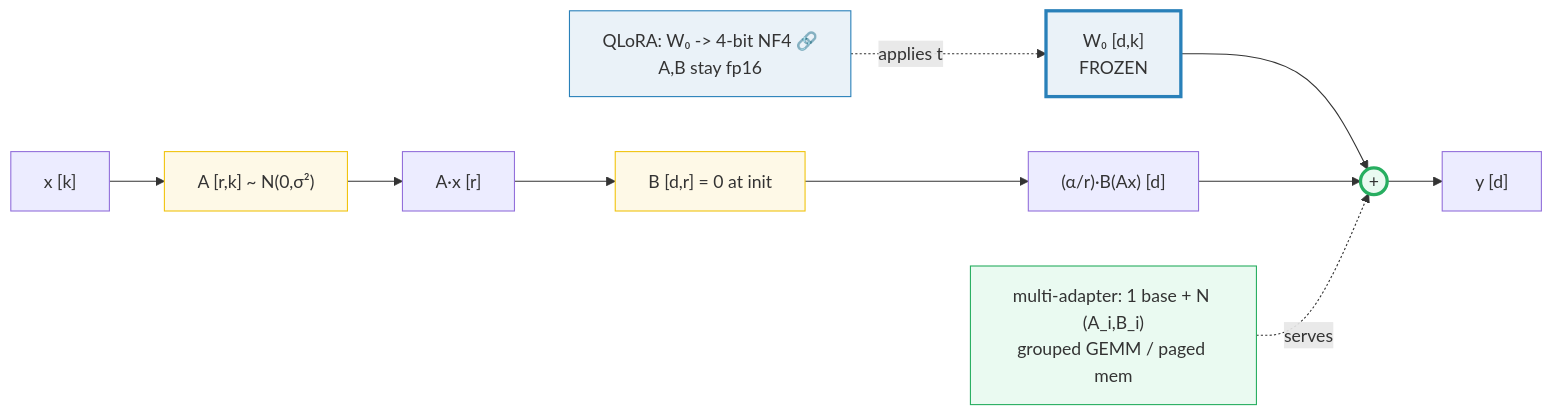
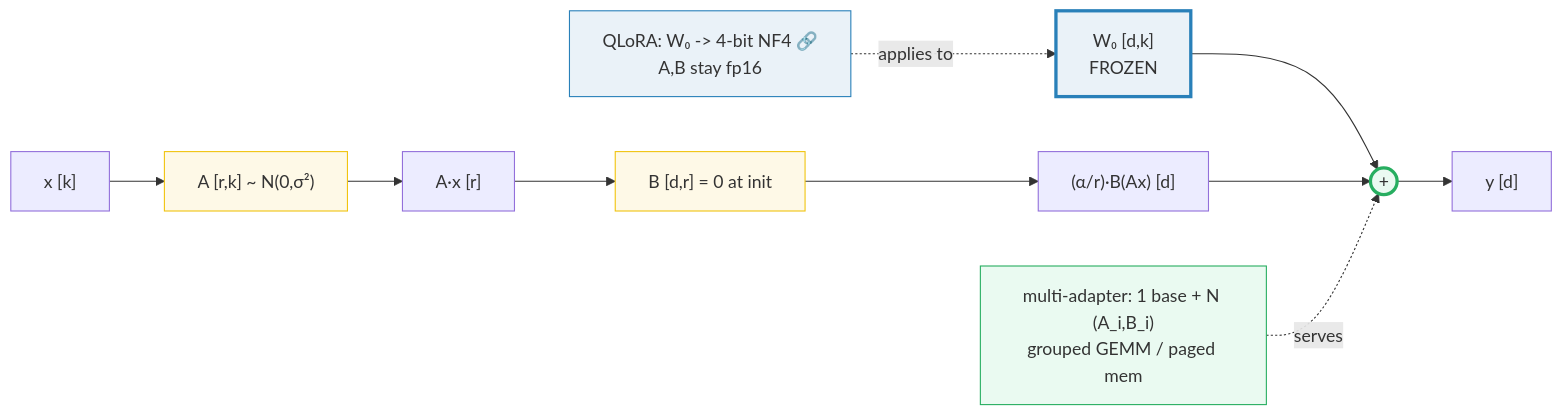
Before and after one commit to quanhua92/tutorials: the sixth of 6 diagrams in llm/PEFT_LORA.md, drawn with Mermaid. The commit also changed 74 other files, not shown here.

First line of the commit message:
fix(mermaid): fix all 11 mmdc-verified broken diagrams across 72 files

````diff
--- a/llm/PEFT_LORA.md
+++ b/llm/PEFT_LORA.md
@@ -456,18 +456,18 @@
 ```mermaid
 graph LR
     W0["W₀ [d,k]<br/>FROZEN"] --> PLUS
     x["x [k]"] --> A["A [r,k] ~ N(0,σ²)"]
     A --> MM1["A·x [r]"]
     MM1 --> B["B [d,r] = 0 at init"]
     B --> MM2["(α/r)·B(Ax) [d]"]
     MM2 --> PLUS(("+"))
     PLUS --> y["y [d]"]
-    Q["QLoRA: W₀ -> 4-bit NF4 🔗<br/>A,B stay fp16"] -.applies to.-> W0
-    M["multi-adapter: 1 base + N (A_i,B_i)<br/>grouped GEMM / paged mem"] -.serves.-> PLUS
+    Q["QLoRA: W₀ -> 4-bit NF4 🔗<br/>A,B stay fp16"] -.->|applies to| W0
+    M["multi-adapter: 1 base + N (A_i,B_i)<br/>grouped GEMM / paged mem"] -.->|serves| PLUS
     style W0 fill:#eaf2f8,stroke:#2980b9,stroke-width:3px
     style A fill:#fef9e7,stroke:#f1c40f
     style B fill:#fef9e7,stroke:#f1c40f
     style PLUS fill:#eafaf1,stroke:#27ae60,stroke-width:3px
     style Q fill:#eaf2f8,stroke:#2980b9
     style M fill:#eafaf1,stroke:#27ae60
 ```
````
